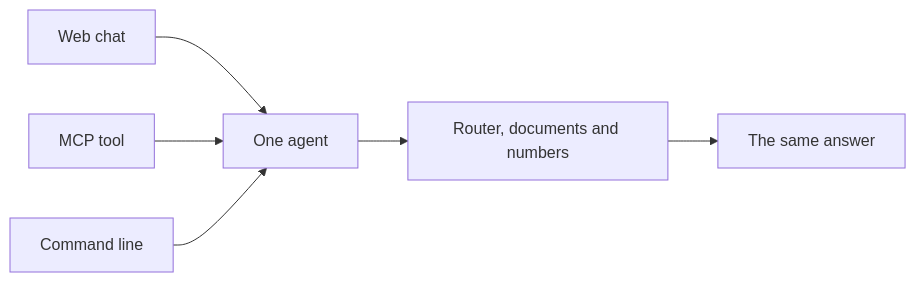
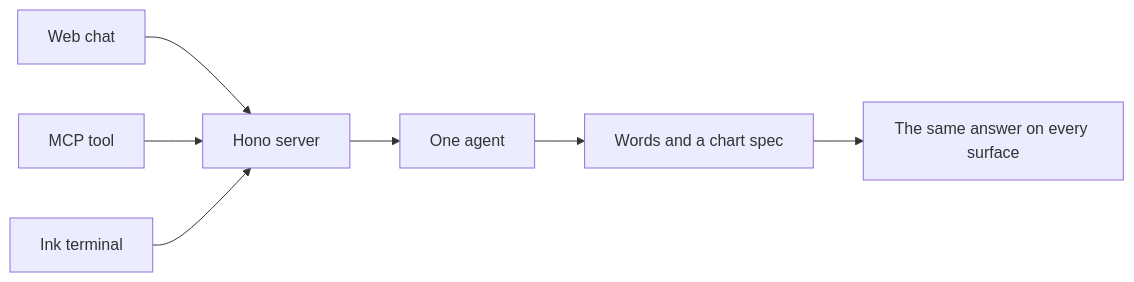
One commit to learnwithparam/agentic-ai-buildcamp changed the diagram in docs/modules/08-surfaces.md. Above: the diagram before and after it, drawn with Mermaid. The commit also changed other lines of this file and 14 other files, not shown here.

Commit message:
Build the surfaces unit: Hono server, streaming, MCP, web chart, Ink terminal

````diff
--- a/docs/modules/08-surfaces.md
+++ b/docs/modules/08-surfaces.md
@@ -7,8 +7,9 @@
 ```mermaid
 flowchart LR
-  W[Web chat] --> A[One agent]
-  M[MCP tool] --> A
-  C[Command line] --> A
-  A --> R[Router, documents and numbers]
-  R --> T[The same answer]
+  W[Web chat] --> S[Hono server]
+  M[MCP tool] --> S
+  C[Ink terminal] --> S
+  S --> A[One agent]
+  A --> R[Words and a chart spec]
+  R --> T[The same answer on every surface]
 ```
````
